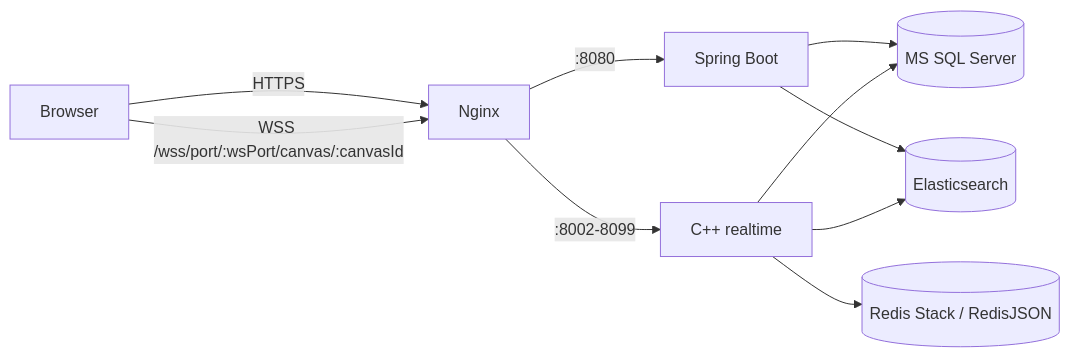
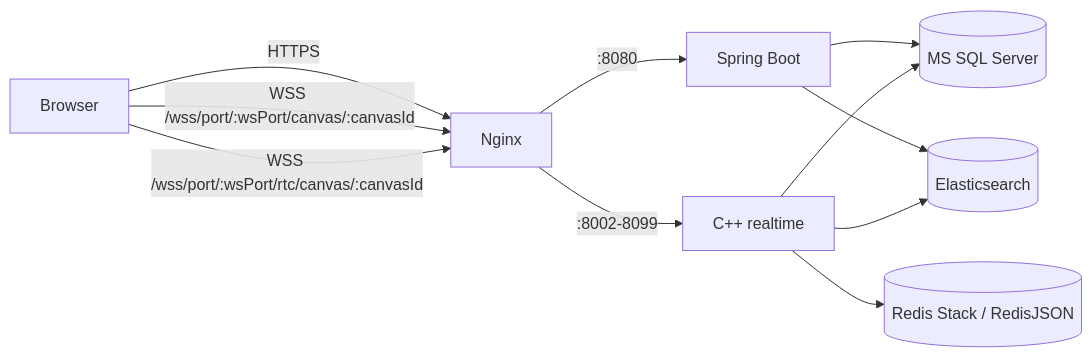
Before and after one commit to LHS11110/project-agora-BE: the diagram in README.md, drawn with Mermaid. The commit also changed other lines of this file and 14 other files, not shown here.

````diff
--- a/README.md
+++ b/README.md
@@ -9,12 +9,13 @@
 ```mermaid
 flowchart LR
     Browser[Browser] -->|HTTPS| Nginx
     Browser -->|WSS /wss/port/:wsPort/canvas/:canvasId| Nginx
+    Browser -->|WSS /wss/port/:wsPort/rtc/canvas/:canvasId| Nginx
     Nginx -->|:8080| Spring[Spring Boot]
     Nginx -->|:8002-8099| Cpp[C++ realtime]
     Spring --> MSSQL[(MS SQL Server)]
     Spring --> ES[(Elasticsearch)]
     Cpp --> MSSQL
     Cpp --> Redis[(Redis Stack / RedisJSON)]
     Cpp --> ES
 ```
````
